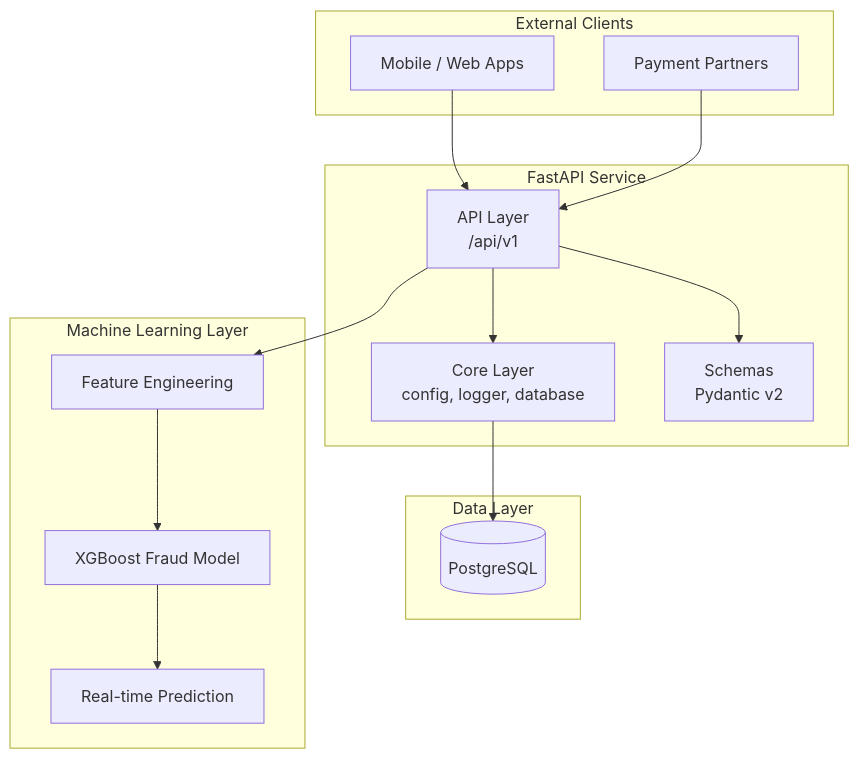
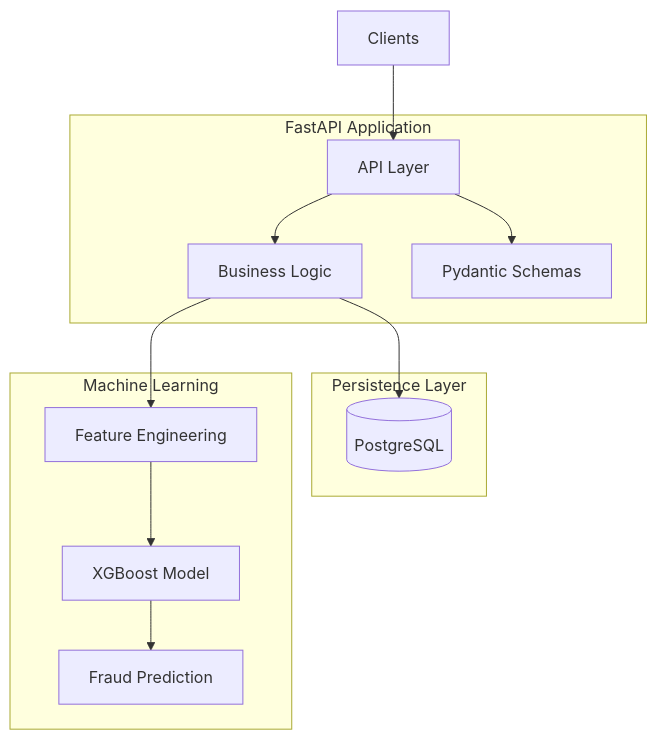
Before and after one commit to ginko97/transaction-processing-service: the diagram in README.md, drawn with Mermaid. The commit also changed other lines of this file and 22 other files, not shown here.

````diff
--- a/README.md
+++ b/README.md
@@ -43,32 +57,31 @@
 ```mermaid
 flowchart TD
-    subgraph Client["External Clients"]
-        A[Mobile / Web Apps]
-        B[Payment Partners]
+
+    Client[Clients]
+
+    subgraph API["FastAPI Application"]
+        Handler[API Layer]
+        Service[Business Logic]
+        Schema[Pydantic Schemas]
     end
 
-    subgraph API["FastAPI Service"]
-        C[API Layer<br/>/api/v1]
-        D[Core Layer<br/>config, logger, database]
-        E[Schemas<br/>Pydantic v2]
+    subgraph Storage["Persistence Layer"]
+        DB[(PostgreSQL)]
     end
 
-    subgraph Data["Data Layer"]
-        F[(PostgreSQL)]
+    subgraph ML["Machine Learning"]
+        FE[Feature Engineering]
+        Model[XGBoost Model]
+        Predict[Fraud Prediction]
     end
 
-    subgraph ML["Machine Learning Layer"]
-        G[Feature Engineering]
-        H[XGBoost Fraud Model]
-        I[Real-time Prediction]
-    end
+    Client --> Handler
+    Handler --> Schema
+    Handler --> Service
 
-    A --> C
-    B --> C
-    C --> D
-    C --> E
-    D --> F
-    C --> G
-    G --> H
-    H --> I
+    Service --> DB
+
+    Service --> FE
+    FE --> Model
+    Model --> Predict
 ```
````
